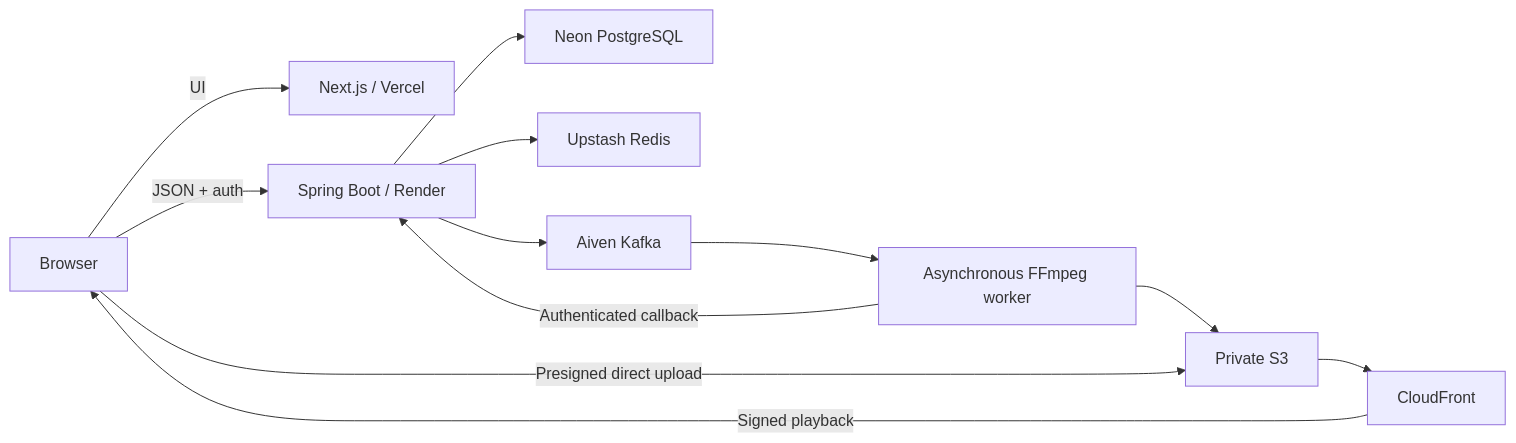
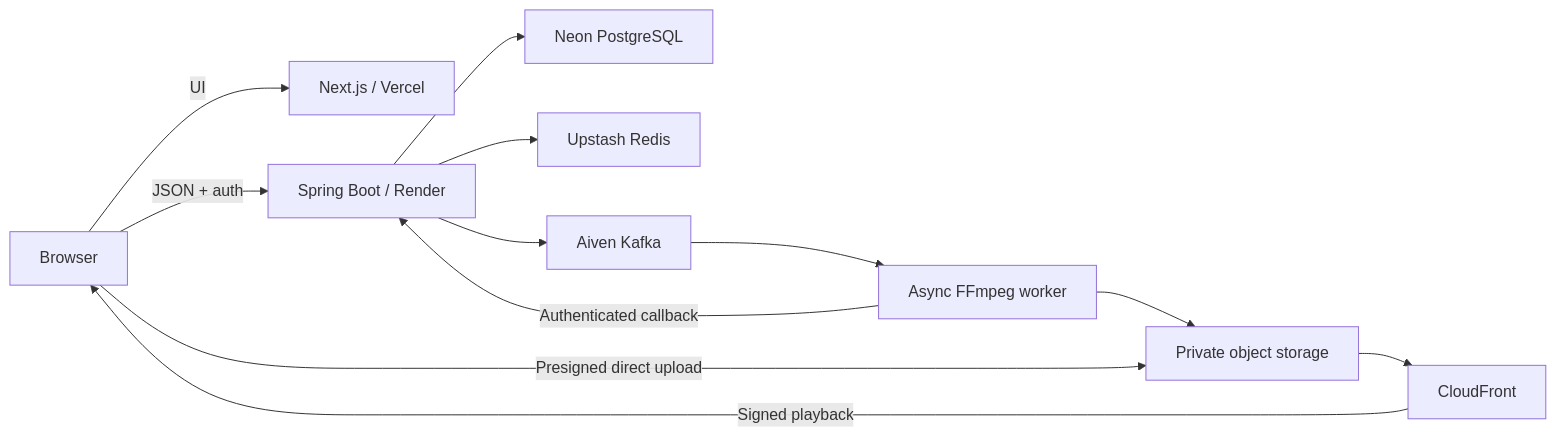
One commit to Krrish-Verma/clip changed the diagram in README.md. Above: the diagram before and after it, drawn with Mermaid. The commit also changed other lines of this file and 4 other files, not shown here.

````diff
--- a/README.md
+++ b/README.md
@@ -91,14 +158,14 @@
 ```mermaid
 flowchart LR
   Browser -->|UI| Next[Next.js / Vercel]
   Browser -->|JSON + auth| API[Spring Boot / Render]
-  Browser -->|Presigned direct upload| S3[Private S3]
+  Browser -->|Presigned direct upload| S3[Private object storage]
   API --> Postgres[Neon PostgreSQL]
   API --> Redis[Upstash Redis]
   API --> Kafka[Aiven Kafka]
-  Kafka --> Worker[Asynchronous FFmpeg worker]
+  Kafka --> Worker[Async FFmpeg worker]
   Worker --> S3
   Worker -->|Authenticated callback| API
   S3 --> CDN[CloudFront]
   CDN -->|Signed playback| Browser
 ```
````
